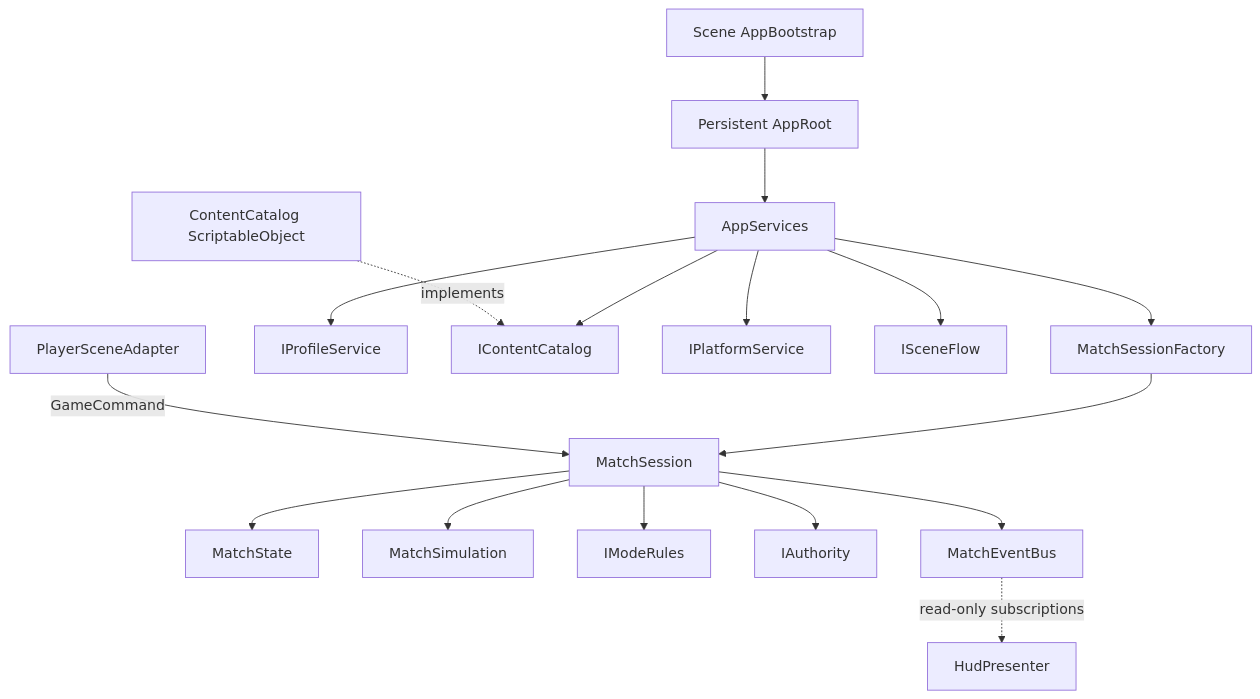
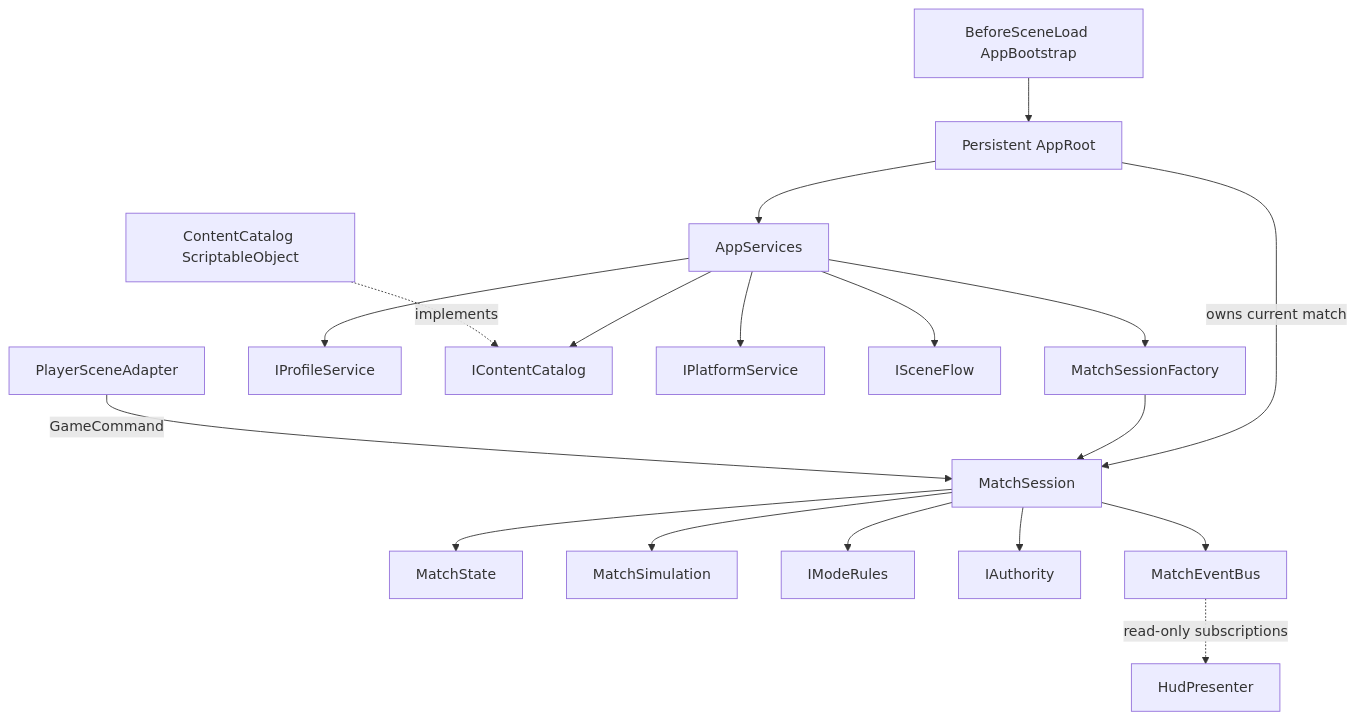
The diagram in Assets/PoC/Core/README.md (Team-HJD-21/unity-6-the-developer), drawn with Mermaid before and after one commit. The commit also changed other lines of this file and 126 other files, not shown here.

````diff
--- a/Assets/PoC/Core/README.md
+++ b/Assets/PoC/Core/README.md
@@ -46,19 +46,20 @@
 ```mermaid
 flowchart TD
-    SceneBootstrap[Scene AppBootstrap] --> AppRoot[Persistent AppRoot]
+    RuntimeBootstrap[BeforeSceneLoad AppBootstrap] --> AppRoot[Persistent AppRoot]
     AppRoot --> AppServices
+    AppRoot -->|owns current match| Session
     AppServices --> MatchFactory[MatchSessionFactory]
     AppServices --> ProfilePort[IProfileService]
     AppServices --> ContentPort[IContentCatalog]
     AppServices --> PlatformPort[IPlatformService]
     AppServices --> ScenePort[ISceneFlow]
     MatchFactory --> Session[MatchSession]
     Session --> State[MatchState]
     Session --> Simulation[MatchSimulation]
     Session --> Rules[IModeRules]
     Session --> Authority[IAuthority]
     Session --> Bus[MatchEventBus]
     Bus -. read-only subscriptions .-> Presenter[HudPresenter]
     SceneAdapter[PlayerSceneAdapter] -->|GameCommand| Session
     ContentAsset[ContentCatalog ScriptableObject] -. implements .-> ContentPort
 ```
````
